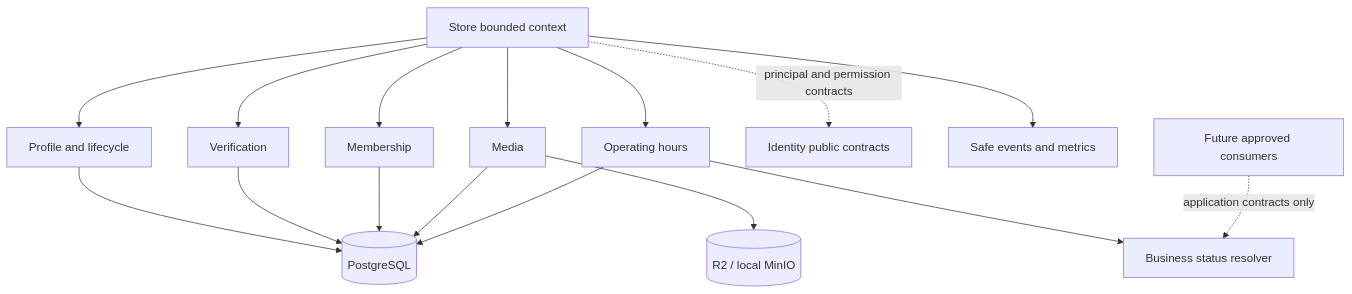
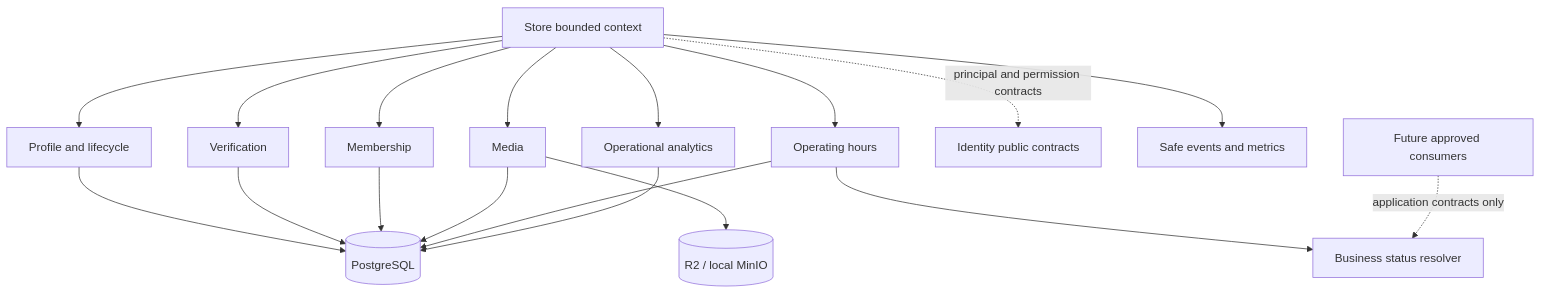
One commit to lamyanba13/apparel_network changed the seventh of 7 diagrams in docs/architecture-diagrams.md. Above: the diagram before and after it, drawn with Mermaid. The commit also changed other lines of this file and 21 other files, not shown here.

Commit message:
feat(store): complete phase 3.6 analytics foundation

````diff
--- a/docs/architecture-diagrams.md
+++ b/docs/architecture-diagrams.md
@@ -214,34 +214,37 @@
 ```mermaid
 flowchart TB
     store[Store bounded context]
     profile[Profile and lifecycle]
     verification[Verification]
     membership[Membership]
     media[Media]
     hours[Operating hours]
     status[Business status resolver]
+    storeAnalytics[Operational analytics]
 
     identity[Identity public contracts]
     postgres[(PostgreSQL)]
     objects[(R2 / local MinIO)]
     telemetry[Safe events and metrics]
     future[Future approved consumers]
 
     store --> profile
     store --> verification
     store --> membership
     store --> media
     store --> hours
+    store --> storeAnalytics
     hours --> status
 
     profile --> postgres
     verification --> postgres
     membership --> postgres
     media --> postgres
     media --> objects
     hours --> postgres
+    storeAnalytics --> postgres
 
     store -. principal and permission contracts .-> identity
     store --> telemetry
     future -. application contracts only .-> status
 ```
````
